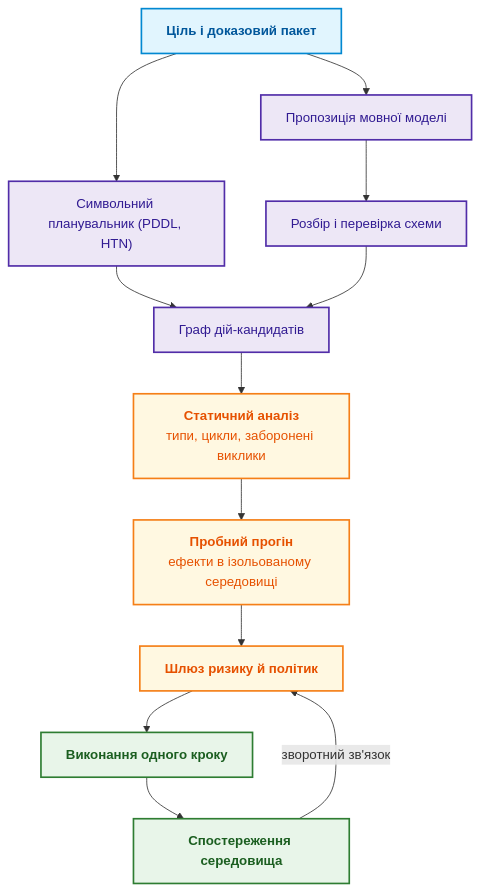
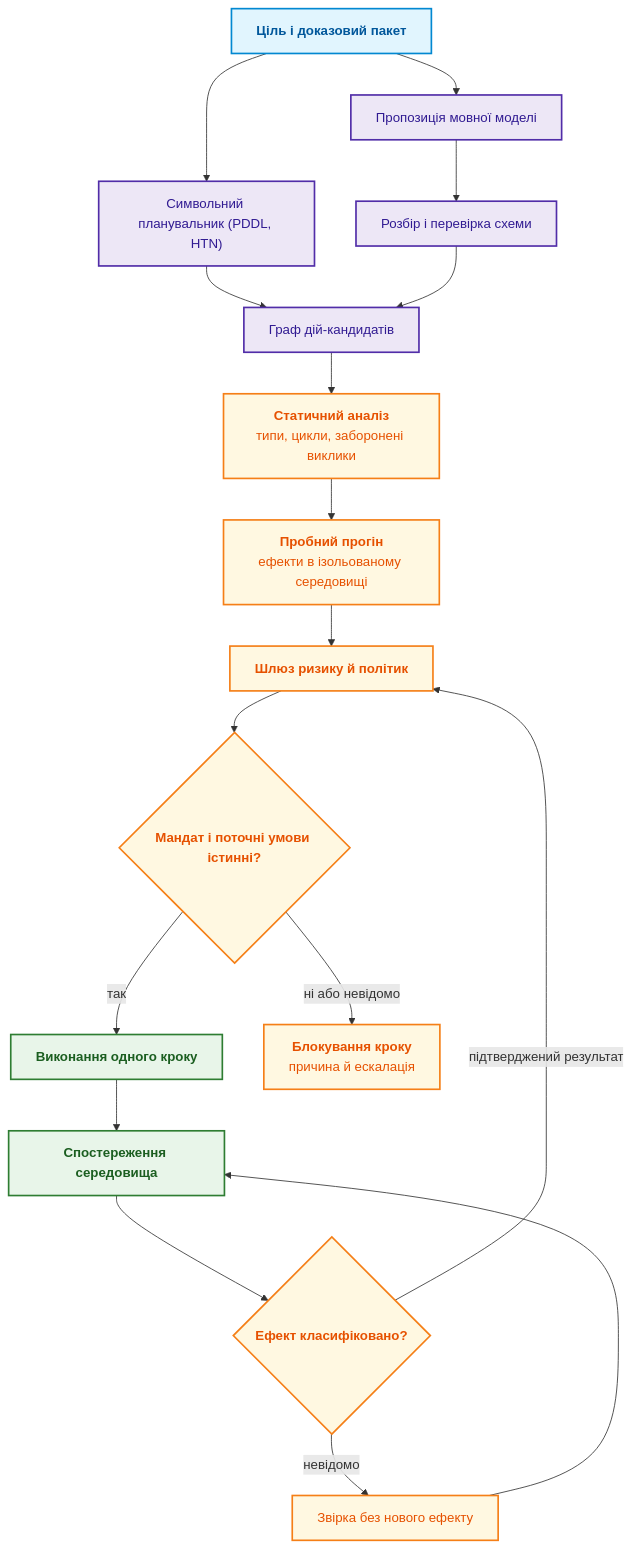
One commit to nick-fedchik/articles changed the second of 6 diagrams in ExpertSystem/ch21-from-recommendation-to-action.md. Above: the diagram before and after it, drawn with Mermaid. The commit also changed other lines of this file and 8 other files, not shown here.

````diff
--- a/ExpertSystem/ch21-from-recommendation-to-action.md
+++ b/ExpertSystem/ch21-from-recommendation-to-action.md
@@ -262,28 +323,33 @@
 ```mermaid
 flowchart TD
     accTitle: Покрокове виконання плану з оцінкою ризику
     accDescr: Ціль і доказовий пакет дають план від символьного планувальника або мовної моделі; граф дій проходить статичний аналіз, пробний прогін і шлюз ризику, після чого виконується по одному кроку зі спостереженням.
 
     G["<b>Ціль і доказовий пакет</b>"] --> P1["Символьний планувальник (PDDL, HTN)"]
     G --> P2["Пропозиція мовної моделі"]
     P1 --> CAND["Граф дій-кандидатів"]
     P2 --> PARSE["Розбір і перевірка схеми"]
     PARSE --> CAND
 
     CAND --> STATIC["<b>Статичний аналіз</b><br/>типи, цикли, заборонені виклики"]
     STATIC --> SIM["<b>Пробний прогін</b><br/>ефекти в ізольованому середовищі"]
     SIM --> RISK["<b>Шлюз ризику й політик</b>"]
-    RISK --> EXEC["<b>Виконання одного кроку</b>"]
+    RISK --> CHECK{"<b>Мандат і поточні умови істинні?</b>"}
+    CHECK -->|"так"| EXEC["<b>Виконання одного кроку</b>"]
+    CHECK -->|"ні або невідомо"| HOLD["<b>Блокування кроку</b><br/>причина й ескалація"]
     EXEC --> OBS["<b>Спостереження середовища</b>"]
-    OBS -->|"зворотний зв'язок"| RISK
+    OBS --> RESULT{"<b>Ефект класифіковано?</b>"}
+    RESULT -->|"підтверджений результат"| RISK
+    RESULT -->|"невідомо"| RECON["Звірка без нового ефекту"]
+    RECON --> OBS
 
     classDef in fill:#e1f5fe,stroke:#0288d1,stroke-width:2px,color:#01579b;
     classDef plan fill:#ede7f6,stroke:#512da8,stroke-width:2px,color:#311b92;
     classDef check fill:#fff8e1,stroke:#f57f17,stroke-width:2px,color:#e65100;
     classDef run fill:#e8f5e9,stroke:#2e7d32,stroke-width:2px,color:#1b5e20;
 
     class G in;
     class P1,P2,CAND,PARSE plan;
-    class STATIC,SIM,RISK check;
+    class STATIC,SIM,RISK,CHECK,RESULT,HOLD,RECON check;
     class EXEC,OBS run;
 ```
````
